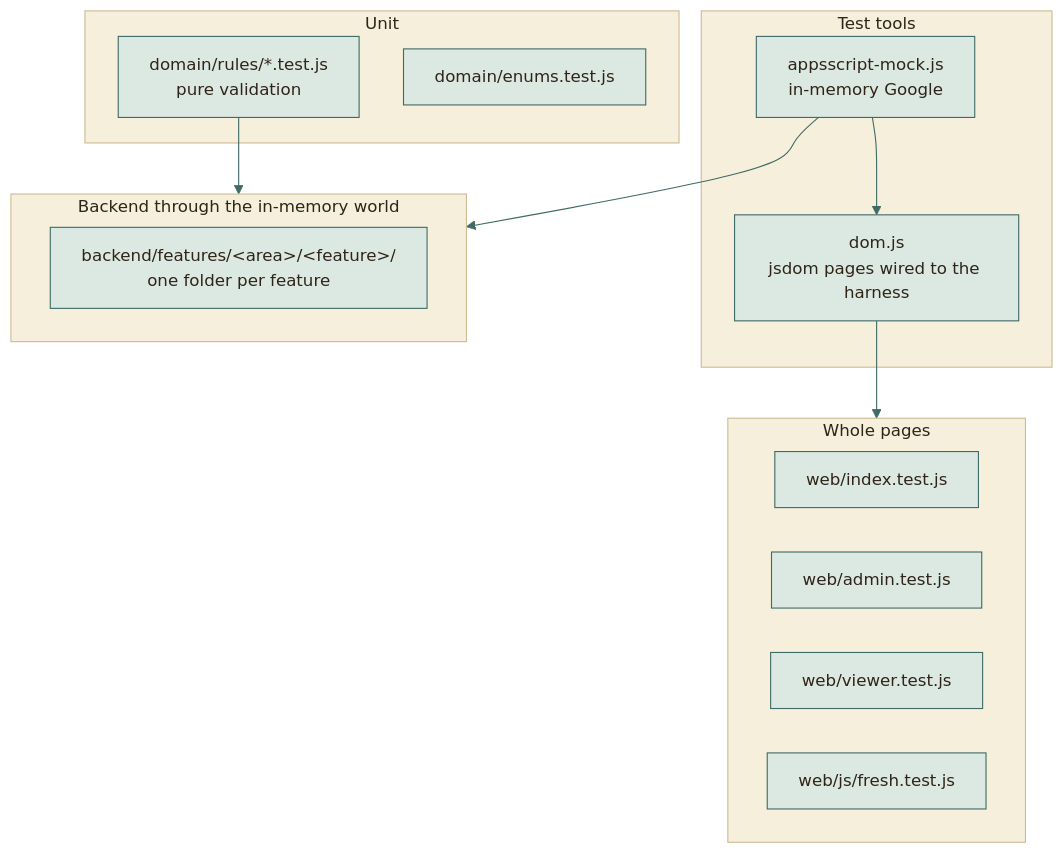
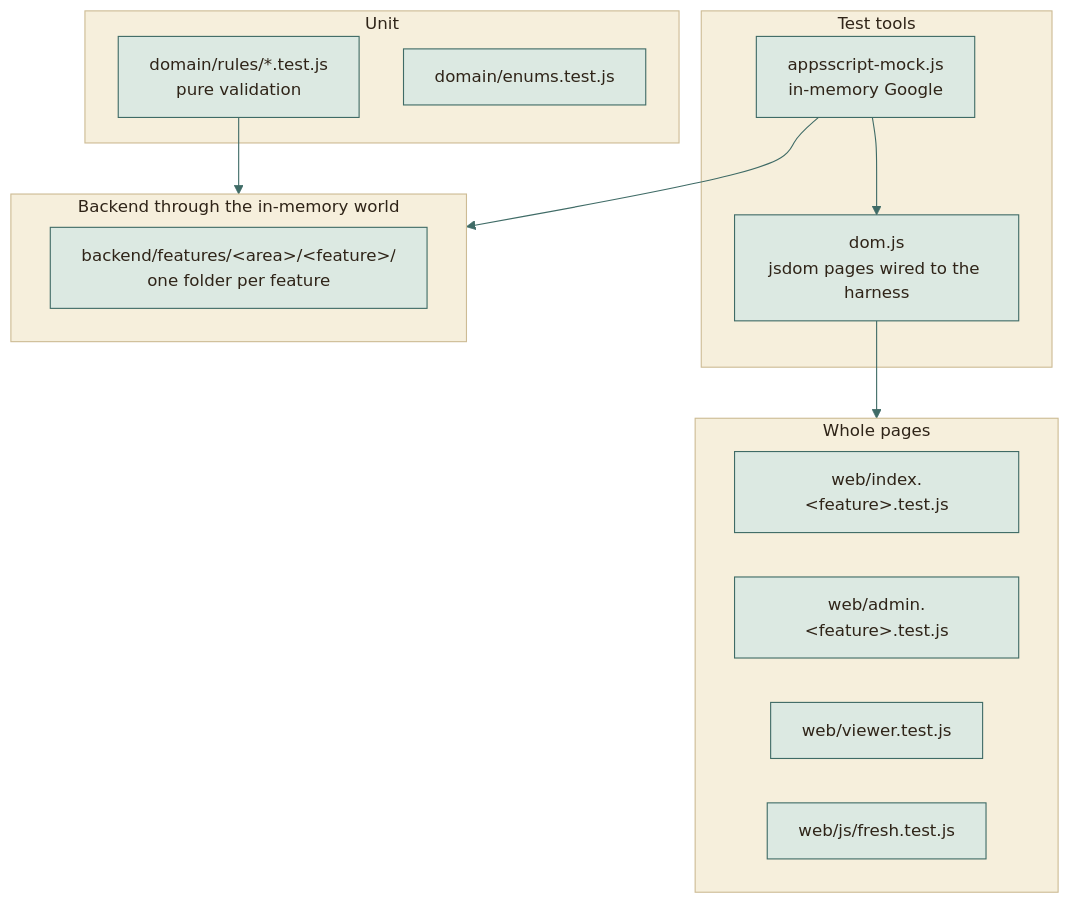
Before and after one commit to moyeh04/forms-platform: the first of 2 diagrams in docs/process/TESTING.md, drawn with Mermaid. The commit also changed other lines of this file and 19 other files, not shown here.

````diff
--- a/docs/process/TESTING.md
+++ b/docs/process/TESTING.md
@@ -13,53 +13,53 @@
 ```mermaid
 %%{init: {
   'theme': 'base',
   'themeVariables': {
     'fontFamily': 'ui-sans-serif, system-ui, -apple-system, Segoe UI, Roboto, sans-serif',
     'fontSize': '15px',
     'primaryColor': '#DCE9E2', 'primaryBorderColor': '#3F6B66', 'primaryTextColor': '#2F2418',
     'secondaryColor': '#F0E4C8', 'secondaryBorderColor': '#C9A24A', 'secondaryTextColor': '#2F2418',
     'tertiaryColor': '#F6EFDC', 'tertiaryBorderColor': '#CDBB94', 'tertiaryTextColor': '#2F2418',
     'lineColor': '#3F6B66', 'textColor': '#2F2418', 'mainBkg': '#DCE9E2', 'nodeBorder': '#3F6B66',
     'clusterBkg': '#F6EFDC', 'clusterBorder': '#CDBB94', 'titleColor': '#2F2418',
     'edgeLabelBackground': '#F8F1DD',
     'actorBkg': '#DCE9E2', 'actorBorder': '#3F6B66', 'actorTextColor': '#2F2418', 'actorLineColor': '#8FB3AB',
     'signalColor': '#477A73', 'signalTextColor': '#477A73',
     'labelBoxBkgColor': '#F0E4C8', 'labelBoxBorderColor': '#C9A24A', 'labelTextColor': '#2F2418', 'loopTextColor': '#6A5A44',
     'noteBkgColor': '#FBEFC9', 'noteBorderColor': '#C9A24A', 'noteTextColor': '#2F2418',
     'activationBkgColor': '#DCE9E2', 'activationBorderColor': '#3F6B66', 'sequenceNumberColor': '#F8F1DD',
     'transitionColor': '#3F6B66', 'stateLabelColor': '#2F2418', 'stateBkg': '#DCE9E2', 'altBackground': '#F6EFDC',
     'attributeBackgroundColorOdd': '#F8F1DD', 'attributeBackgroundColorEven': '#F0E4C8'
   },
   'flowchart': {'curve': 'basis', 'padding': 14, 'nodeSpacing': 40, 'rankSpacing': 46},
   'sequence': {'mirrorActors': false, 'messageMargin': 34, 'boxMargin': 8}
 }}%%
 flowchart TD
     subgraph tools["Test tools"]
         harness["appsscript-mock.js<br/>in-memory Google"]
         dom["dom.js<br/>jsdom pages wired to the harness"]
     end
     subgraph units["Unit"]
         rules["domain/rules/*.test.js<br/>pure validation"]
         enums["domain/enums.test.js"]
     end
     subgraph backend["Backend through the in-memory world"]
         core["backend/features/&lt;area&gt;/&lt;feature&gt;/<br/>one folder per feature"]
     end
     subgraph pages["Whole pages"]
-        fui["web/index.test.js"]
-        aui["web/admin.test.js"]
+        fui["web/index.&lt;feature&gt;.test.js"]
+        aui["web/admin.&lt;feature&gt;.test.js"]
         vui["web/viewer.test.js"]
         fresh["web/js/fresh.test.js"]
     end
 
     harness --> backend
     harness --> dom
     dom --> pages
     rules --> backend
     classDef cDb fill:#F3E2B3,stroke:#B8892D,stroke-width:1.5px,color:#2F2418
     classDef cActor fill:#F4D9D3,stroke:#9A3328,stroke-width:1.5px,color:#2F2418
     classDef cDec fill:#FBEFC9,stroke:#C9A24A,stroke-width:1.5px,color:#2F2418
     classDef cEnd fill:#2F2418,stroke:#2F2418,color:#F8F1DD
     classDef cErr fill:#F6D5CF,stroke:#A12B1F,stroke-width:1.5px,color:#5A140C
     classDef cOk fill:#BFD9CF,stroke:#2E5A55,stroke-width:1.5px,color:#17302D
 ```
````
